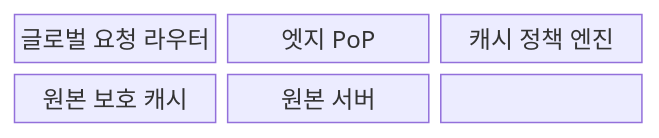
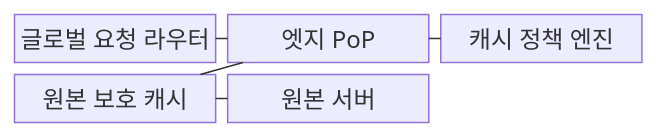
Before and after one commit to agnusdei1207/knowledge-base: the first of 2 diagrams in src/content/docs/notes/04-network/107_global_cdn_architecture.md, drawn with Mermaid. The commit also changed other lines of this file and 16 other files, not shown here.

````diff
--- a/src/content/docs/notes/04-network/107_global_cdn_architecture.md
+++ b/src/content/docs/notes/04-network/107_global_cdn_architecture.md
@@ -56,11 +56,13 @@
 ```mermaid
 block-beta
     columns 3
     A["글로벌 요청 라우터"]
     B["엣지 PoP"]
     C["캐시 정책 엔진"]
     D["원본 보호 캐시"]
     E["원본 서버"]
-    A --- B --- C
-    C --- D --- E
+    A --- B
+    B --- C
+    B --- D
+    D --- E
 ```
````
